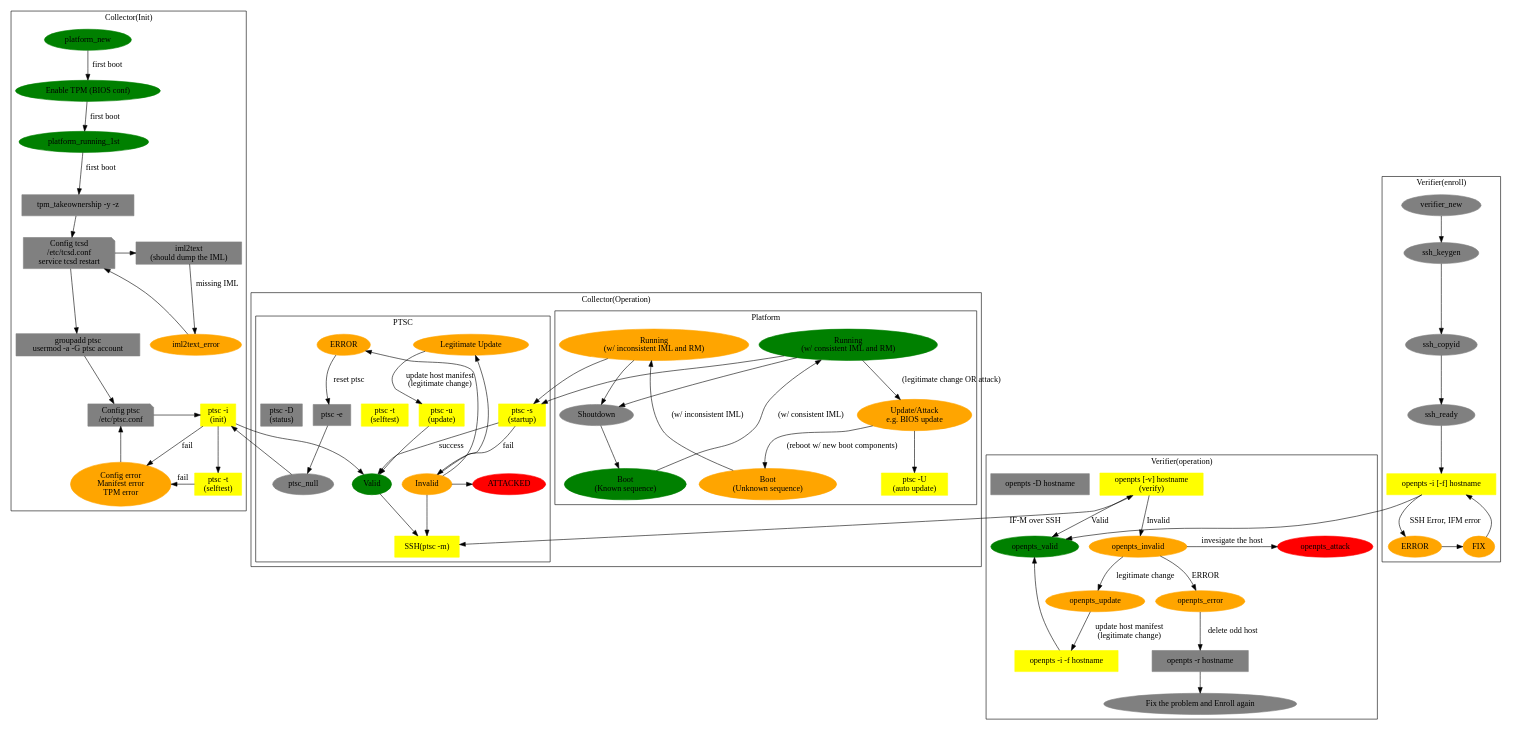
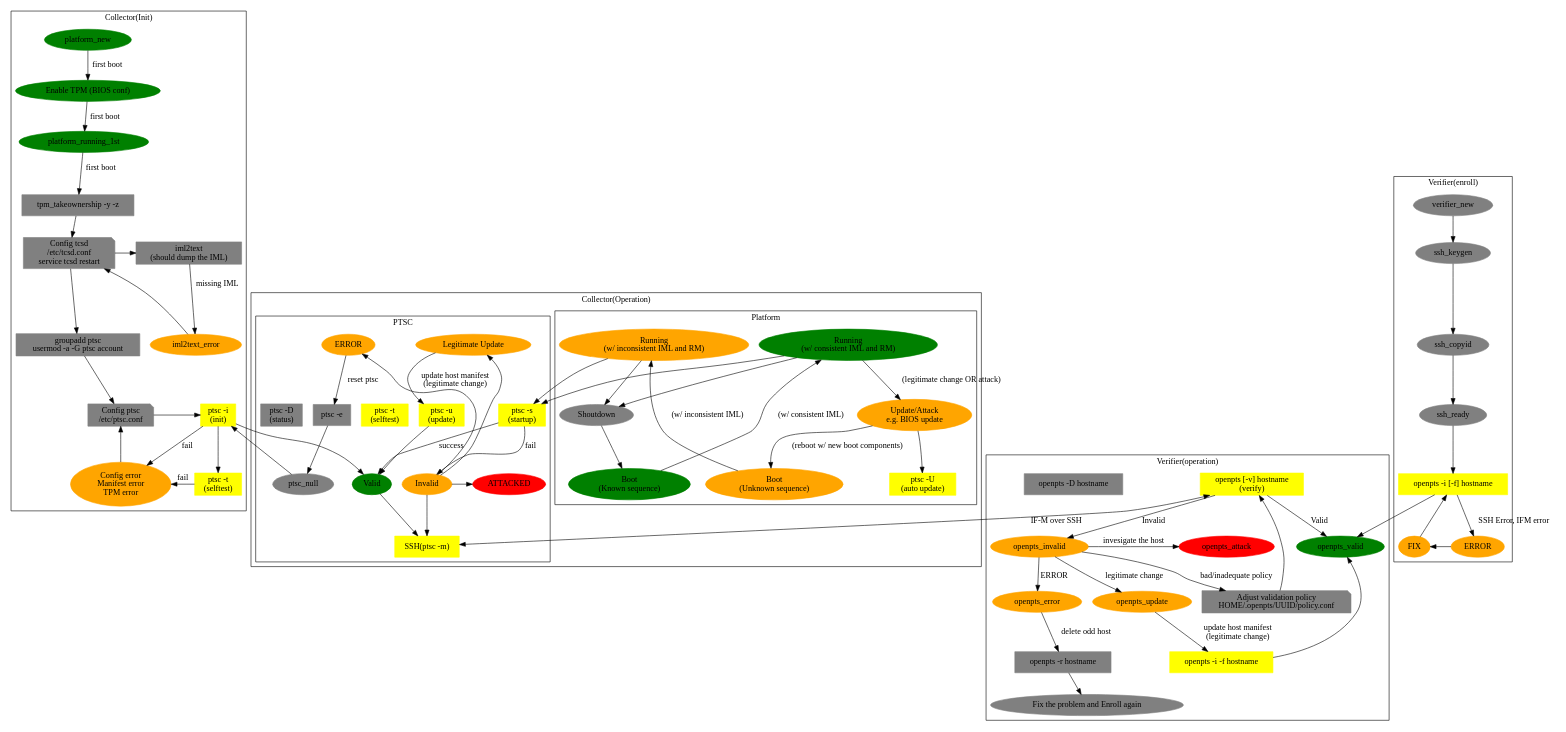
One commit to openpts/openpts changed the diagram in doc/operationflow.dot. Above: the diagram before and after it, drawn with Graphviz. The commit also changed 8 other files, not shown here.

```diff
--- a/doc/operationflow.dot
+++ b/doc/operationflow.dot
@@ -218,6 +218,8 @@
     openpts_attack [color=red]
     openpts_null [label="Fix the problem and Enroll again"]
 
+    openpts_policy [label="Adjust validation policy\nHOME/.openpts/UUID/policy.conf",shape=note]
+
     ssh_ready -> openpts_enroll
     openpts_enroll -> openpts_valid
     //openpts_enroll -> openpts_enroll_force
@@ -240,6 +242,9 @@
     openpts_error -> openpts_remove [label="delete odd host"]
     //openpts_remove -> openpts_null
 
+    openpts_invalid -> openpts_policy [label="bad/inadequate policy"]
+    openpts_policy -> openpts_verify
+
     //openpts_null -> openpts_enroll
     //openpts_null -> openpts_verify  [label="ERROR"]
 
```
